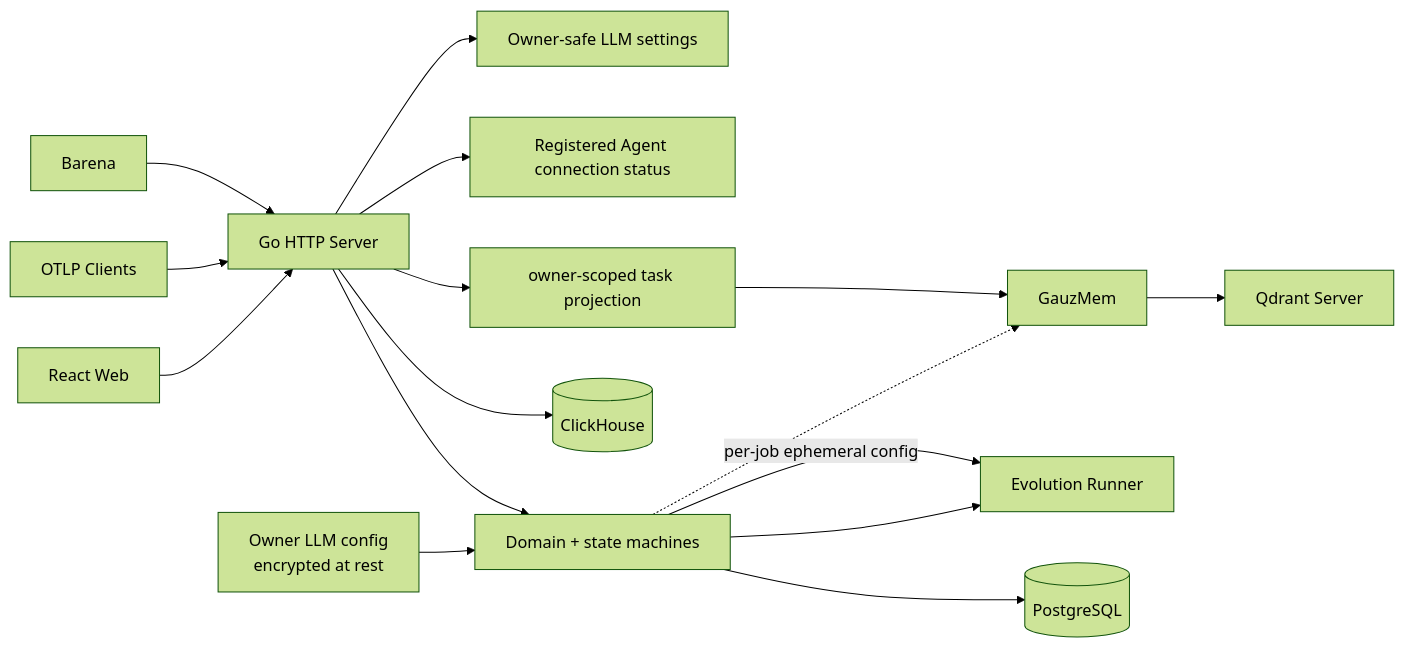
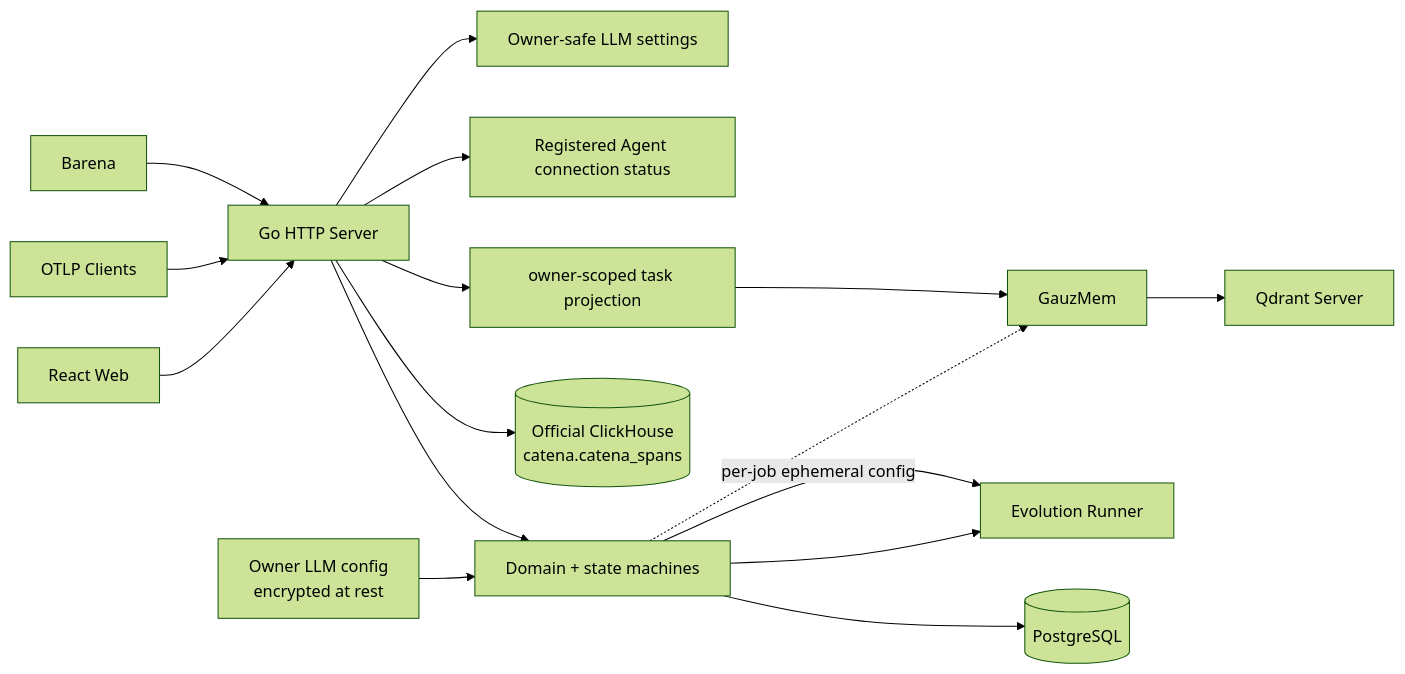
The first of 2 diagrams in control-plane/SPEC.md (fightheyyy/CATENA), drawn with Mermaid (forest theme) before and after one commit. The commit also changed other lines of this file and 30 other files, not shown here.

````diff
--- a/control-plane/SPEC.md
+++ b/control-plane/SPEC.md
@@ -25,18 +25,18 @@
 ```mermaid
 flowchart LR
     Web["React Web"] --> HTTP["Go HTTP Server"]
     OTel["OTLP Clients"] --> HTTP
     Barena["Barena"] --> HTTP
     HTTP --> Domain["Domain + state machines"]
     Domain --> PG[("PostgreSQL")]
-    HTTP --> CH[("ClickHouse")]
+    HTTP --> CH[("Official ClickHouse<br/>catena.catena_spans")]
     Domain --> Worker["Evolution Runner"]
     LLM["Owner LLM config<br/>encrypted at rest"] --> Domain
     Domain -->|"per-job ephemeral config"| Worker
     Domain -.-> Memory["GauzMem"]
     HTTP --> Task["owner-scoped task projection"]
     Task --> Memory
     Memory --> Vector["Qdrant Server"]
     HTTP --> Status["Registered Agent connection status"]
     HTTP --> ModelStatus["Owner-safe LLM settings"]
 ```
````
